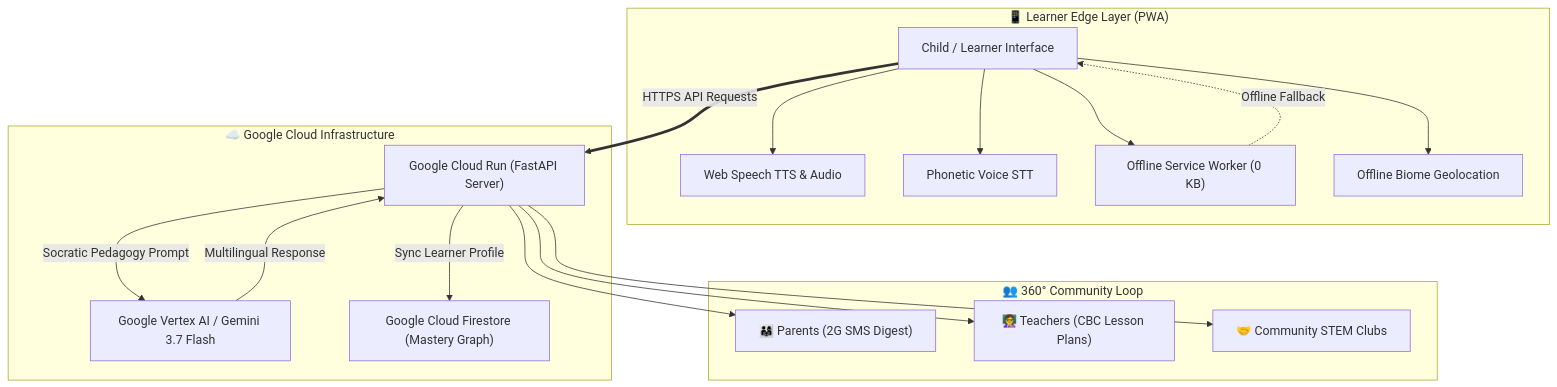
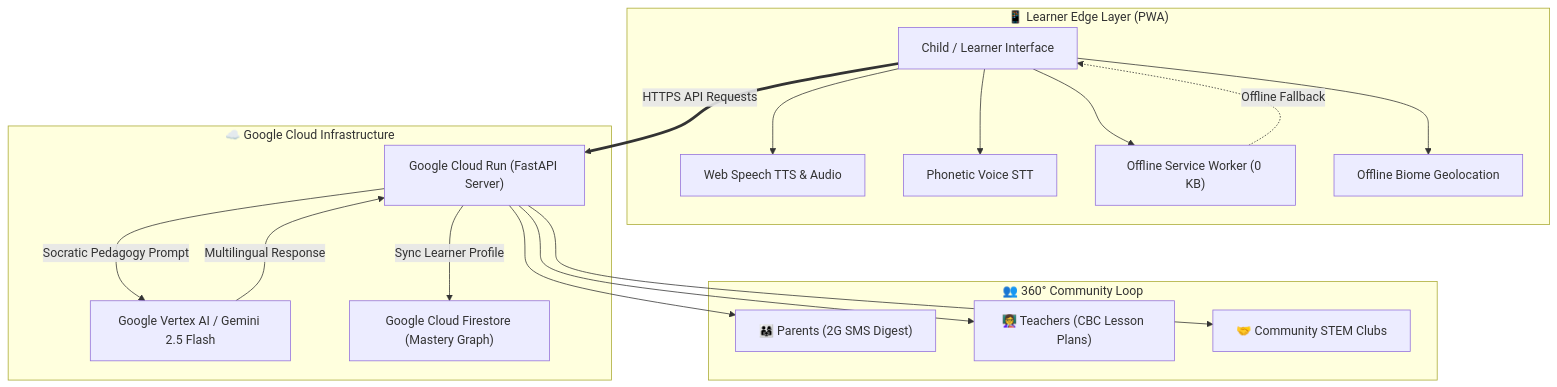
Before and after one commit to ondinookello96/elewastem: the diagram in README.md, drawn with Mermaid. The commit also changed other lines of this file and 7 other files, not shown here.

Commit message:
Replace unverified model references with official Google Gemini Flash and adopt legally safe compliance framing

````diff
--- a/README.md
+++ b/README.md
@@ -69,37 +69,37 @@
 ```mermaid
 flowchart TD
     subgraph Client["📱 Learner Edge Layer (PWA)"]
         UI["Child / Learner Interface"]
         TTS["Web Speech TTS & Audio"]
         STT["Phonetic Voice STT"]
         SW["Offline Service Worker (0 KB)"]
         GPS["Offline Biome Geolocation"]
         UI --> TTS
         UI --> STT
         UI --> SW
         UI --> GPS
     end
 
     subgraph Cloud["☁️ Google Cloud Infrastructure"]
         GCR["Google Cloud Run (FastAPI Server)"]
-        Vertex["Google Vertex AI / Gemini 3.7 Flash"]
+        Vertex["Google Vertex AI / Gemini 2.5 Flash"]
         Firestore["Google Cloud Firestore (Mastery Graph)"]
         
         GCR -->|Socratic Pedagogy Prompt| Vertex
         Vertex -->|Multilingual Response| GCR
         GCR -->|Sync Learner Profile| Firestore
     end
 
     subgraph Stakeholders["👥 360° Community Loop"]
         Parent["👨‍👩‍👧 Parents (2G SMS Digest)"]
         Teacher["👩‍🏫 Teachers (CBC Lesson Plans)"]
         Mentor["🤝 Community STEM Clubs"]
         
         GCR --> Parent
         GCR --> Teacher
         GCR --> Mentor
     end
 
     SW -.->|Offline Fallback| UI
     UI ==>|HTTPS API Requests| GCR
 ```
````
